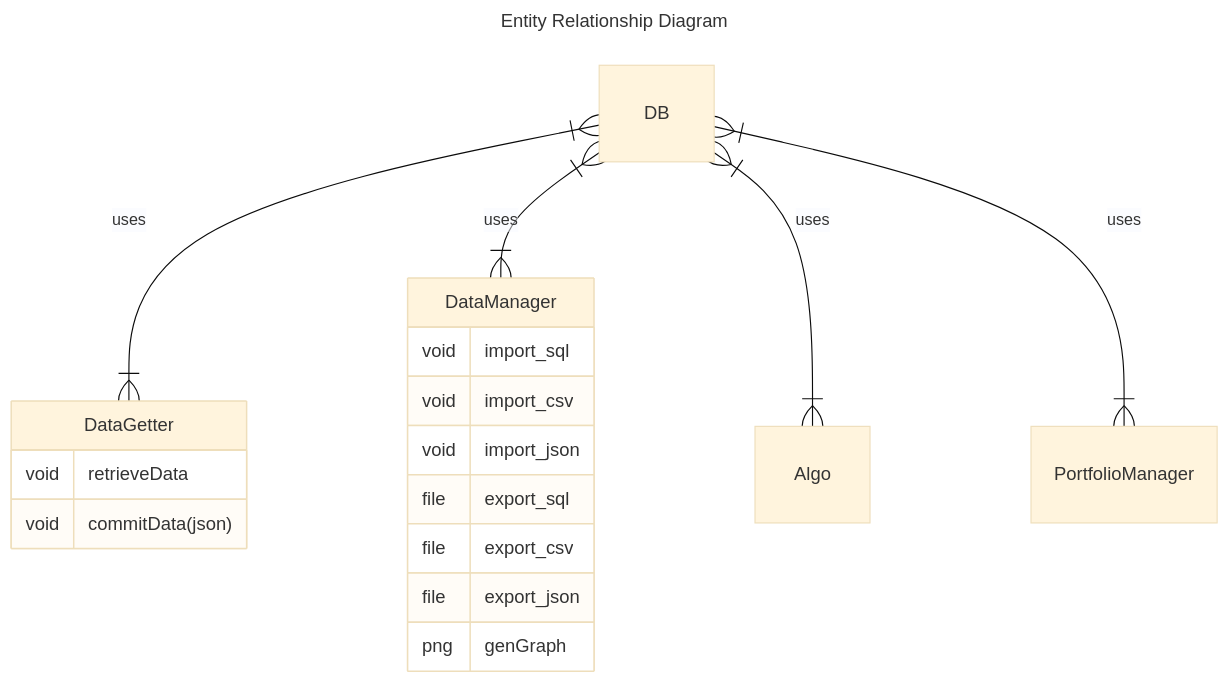
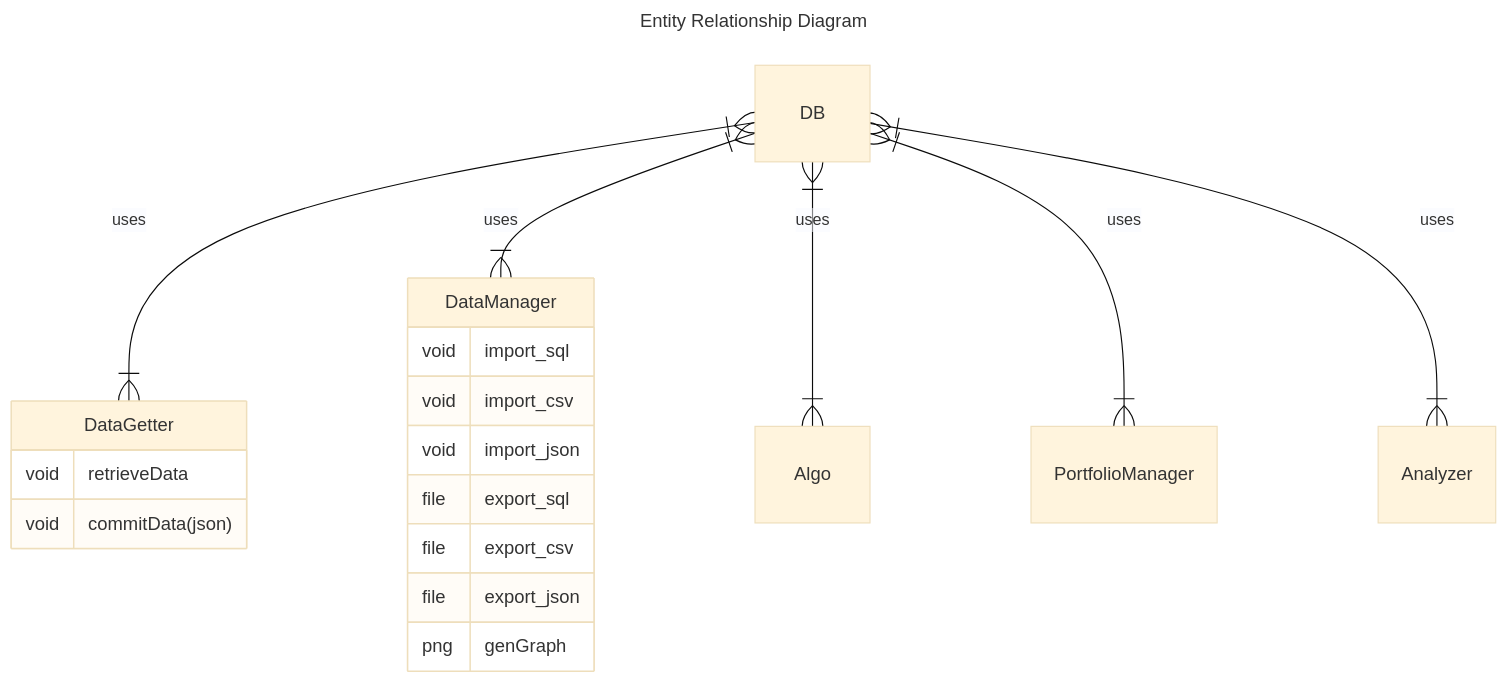
One commit to DJTakushi/quantplay changed the diagram in app/readme.md. Above: the diagram before and after it, drawn with Mermaid (base theme). The commit also changed other lines of this file and 1 other file, not shown here.

````diff
--- a/app/readme.md
+++ b/app/readme.md
@@ -1,23 +1,24 @@
 ```mermaid
 ---
 title: Entity Relationship Diagram
 ---
 erDiagram
   DB }|--|{ DataGetter : uses
   DataGetter {
     void retrieveData
     void commitData(json)
   }
   DB }|--|{ DataManager : uses
   DataManager{
     void import_sql
     void import_csv
     void import_json
     file export_sql
     file export_csv
     file export_json
     png genGraph
   }
   DB }|--|{ Algo : uses
   DB }|--|{ PortfolioManager : uses
+  DB }|--|{ Analyzer : uses
 ```
````
